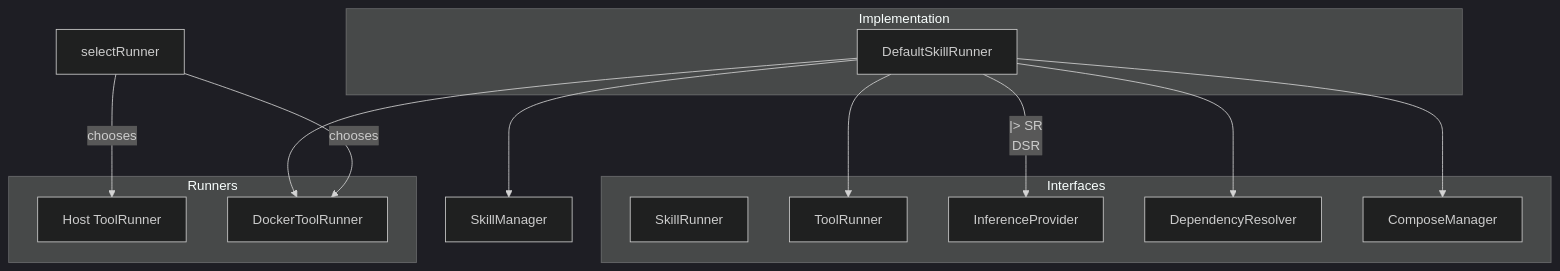
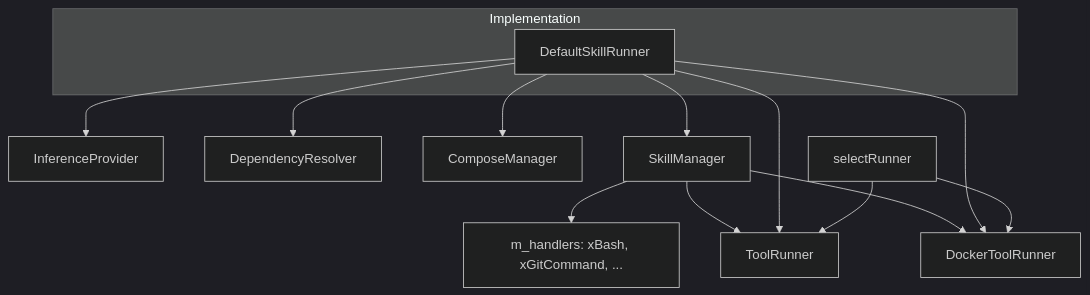
The first of 2 diagrams in src/skill_runner.spec.md (opensassi/a0), drawn with Mermaid (dark theme) before and after one commit. The commit also changed other lines of this file and 42 other files, not shown here.

Commit message:
2026-06-02-skill-manager-unified-dispatch-17894d313ffey2yp6xmKmDGJYm

````diff
--- a/src/skill_runner.spec.md
+++ b/src/skill_runner.spec.md
@@ -79,26 +81,19 @@
 ```mermaid
 graph TB
-    subgraph Interfaces
-        SR[SkillRunner]
-        TR[ToolRunner]
-        IP[InferenceProvider]
-        DR[DependencyResolver]
-        CM[ComposeManager]
-    end
     subgraph Implementation
         DSR[DefaultSkillRunner]
     end
-    subgraph Runners
-        HTR[Host ToolRunner]
-        DTR[DockerToolRunner]
-    end
-    DSR --|> SR
-    DSR --> IP
-    DSR --> DR
-    DSR --> CM
+
+    DSR --> IP[InferenceProvider]
+    DSR --> DR[DependencyResolver]
+    DSR --> CM[ComposeManager]
+    DSR --> SM[SkillManager]
+    SM --> HANDLERS[m_handlers: xBash, xGitCommand, ...]
+    SM --> TR[ToolRunner]
+    SM --> DTR[DockerToolRunner]
+
     DSR --> TR
     DSR --> DTR
-    DSR --> SM[SkillManager]
-    selectRunner -- chooses --> HTR
-    selectRunner -- chooses --> DTR
+    selectRunner --> TR
+    selectRunner --> DTR
 ```
````
